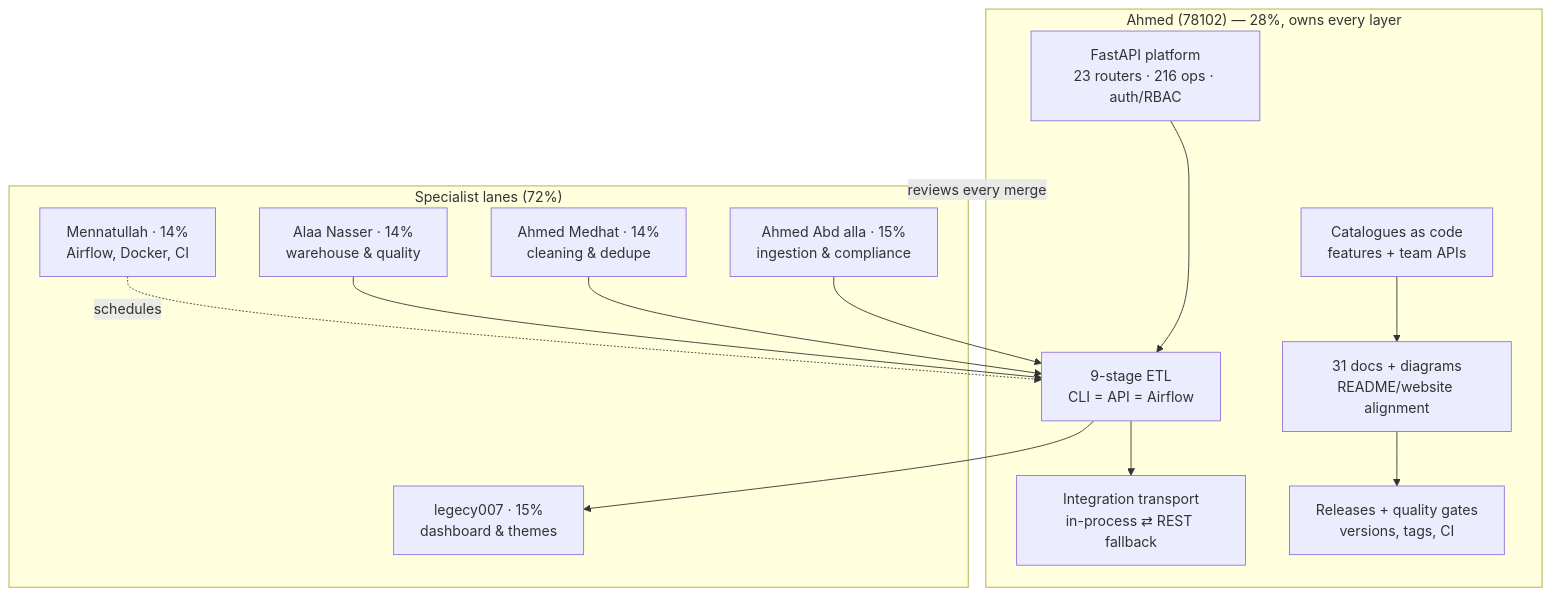
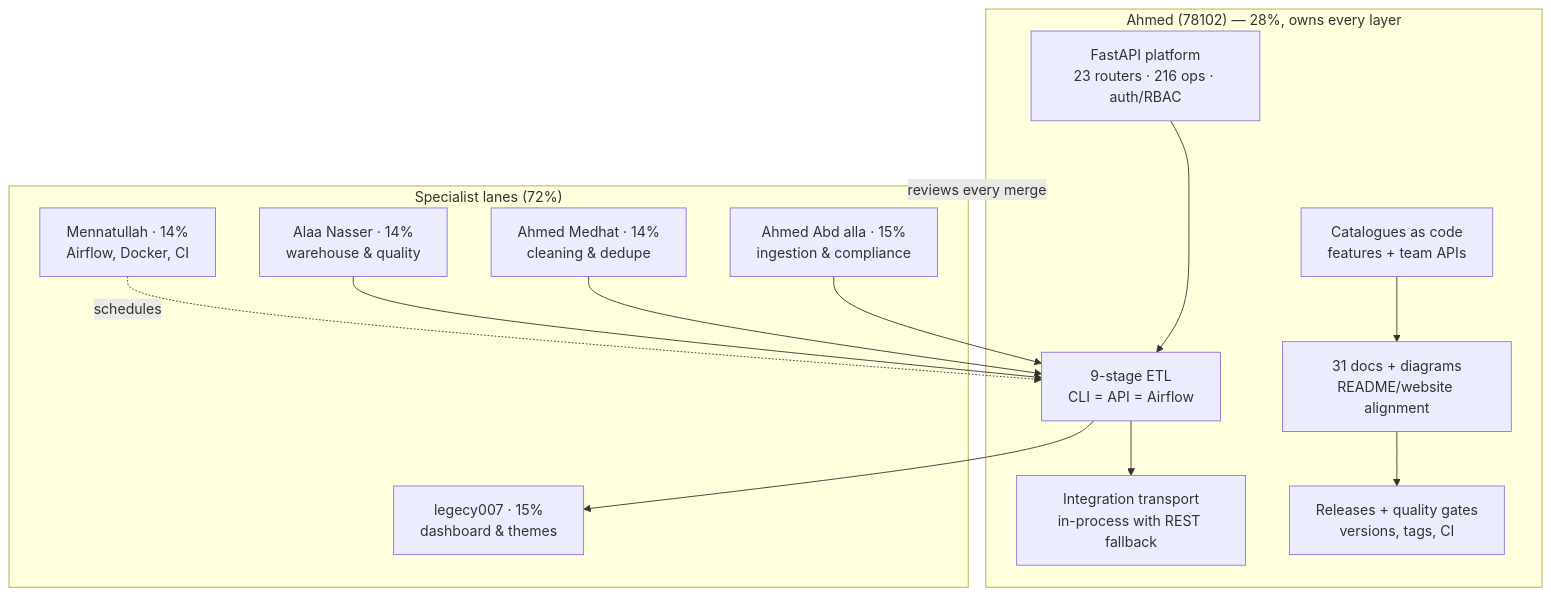
Before and after one commit to Ahmedbakr78/Web-to-Warehouse-Product-Intelligence-Pipeline: the diagram in docs/00_team.md, drawn with Mermaid. The commit also changed other lines of this file and 36 other files, not shown here.

````diff
--- a/docs/00_team.md
+++ b/docs/00_team.md
@@ -21,24 +21,24 @@
 ```mermaid
 flowchart TB
     subgraph Lead["Ahmed (78102) — 28%, owns every layer"]
         API["FastAPI platform<br/>23 routers · 216 ops · auth/RBAC"]
         ETL["9-stage ETL<br/>CLI = API = Airflow"]
-        INT["Integration transport<br/>in-process ⇄ REST fallback"]
+        INT["Integration transport<br/>in-process with REST fallback"]
         CAT["Catalogues as code<br/>features + team APIs"]
         DOCS["31 docs + diagrams<br/>README/website alignment"]
         REL["Releases + quality gates<br/>versions, tags, CI"]
         API --> ETL --> INT
         CAT --> DOCS --> REL
     end
     subgraph Crew["Specialist lanes (72%)"]
         ING["Ahmed Abd alla · 15%<br/>ingestion & compliance"]
         CLN["Ahmed Medhat · 14%<br/>cleaning & dedupe"]
         DB["Alaa Nasser · 14%<br/>warehouse & quality"]
         FE["legecy007 · 15%<br/>dashboard & themes"]
         OPS["Mennatullah · 14%<br/>Airflow, Docker, CI"]
     end
     ING & CLN & DB --> ETL
     ETL --> FE
     OPS -.schedules.-> ETL
     Lead -.reviews every merge.-> Crew
 ```
````
